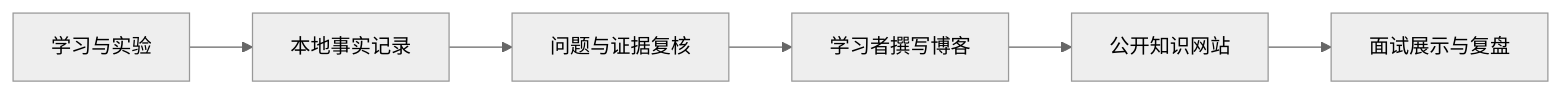
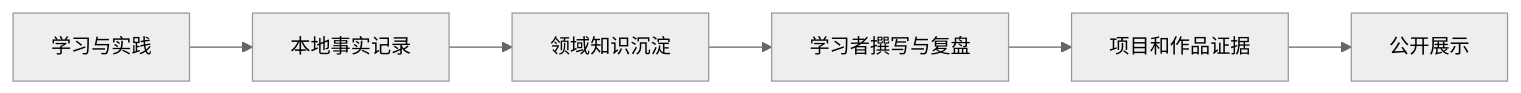
The diagram in docs/index.md (JeromeJtw/JeromeJtw.github.io), drawn with Mermaid (neutral theme) before and after one commit. The commit also changed other lines of this file and 29 other files, not shown here.

````diff
--- a/docs/index.md
+++ b/docs/index.md
@@ -55,8 +67,8 @@
 ```mermaid
 flowchart LR
-    A["学习与实验"] --> B["本地事实记录"]
-    B --> C["问题与证据复核"]
-    C --> D["学习者撰写博客"]
-    D --> E["公开知识网站"]
-    E --> F["面试展示与复盘"]
+    A["学习与实践"] --> B["本地事实记录"]
+    B --> C["领域知识沉淀"]
+    C --> D["学习者撰写与复盘"]
+    D --> E["项目和作品证据"]
+    E --> F["公开展示"]
 ```
````
